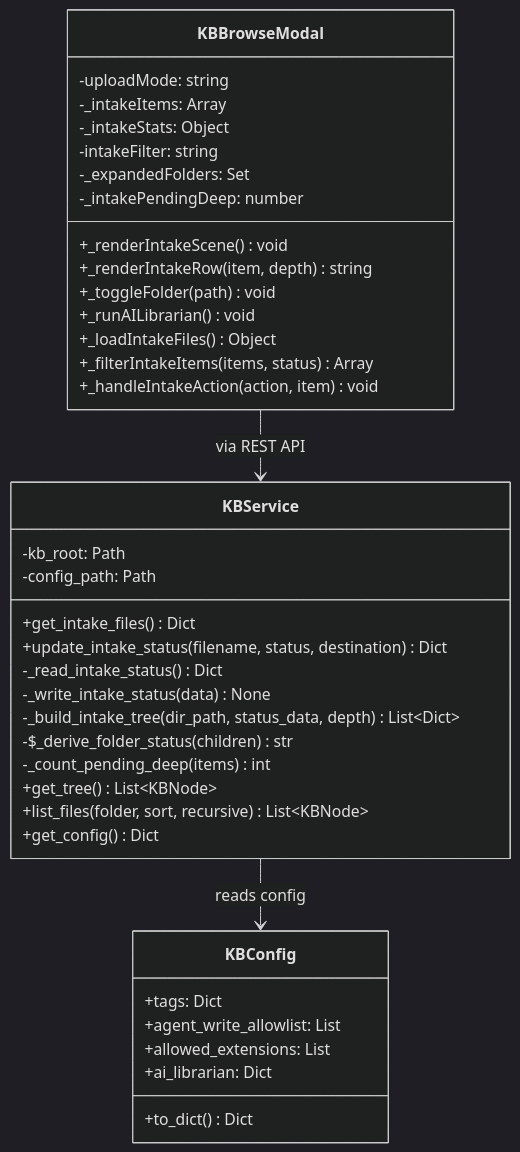
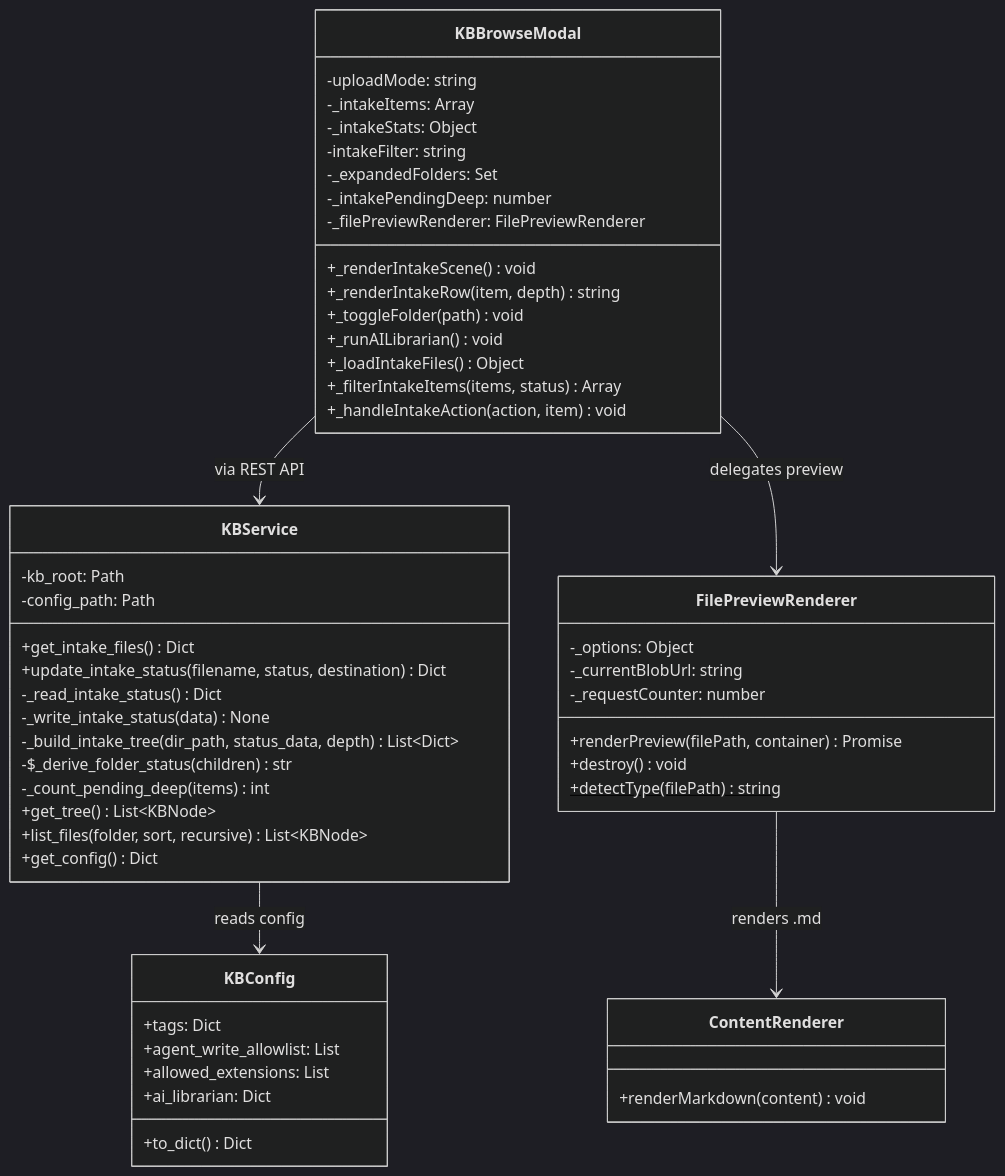
Before and after one commit to Young-Z/X-IPE: the third of 9 diagrams in x-ipe-docs/requirements/EPIC-049/FEATURE-049-F/technical-design.md, drawn with Mermaid (dark theme). The commit also changed other lines of this file and 15 other files, not shown here.

First line of the commit message:
feat(CR-008): extract shared FilePreviewRenderer for unified file preview

````diff
--- a/x-ipe-docs/requirements/EPIC-049/FEATURE-049-F/technical-design.md
+++ b/x-ipe-docs/requirements/EPIC-049/FEATURE-049-F/technical-design.md
@@ -146,44 +172,60 @@
 ```mermaid
 classDiagram
     class KBService {
         -kb_root: Path
         -config_path: Path
         +get_intake_files() Dict
         +update_intake_status(filename, status, destination) Dict
         -_read_intake_status() Dict
         -_write_intake_status(data) None
         -_build_intake_tree(dir_path, status_data, depth) List~Dict~
         -$_derive_folder_status(children) str
         -_count_pending_deep(items) int
         +get_tree() List~KBNode~
         +list_files(folder, sort, recursive) List~KBNode~
         +get_config() Dict
     }
 
     class KBConfig {
         +tags: Dict
         +agent_write_allowlist: List
         +allowed_extensions: List
         +ai_librarian: Dict
         +to_dict() Dict
     }
 
     class KBBrowseModal {
         -uploadMode: string
         -_intakeItems: Array
         -_intakeStats: Object
         -intakeFilter: string
         -_expandedFolders: Set
         -_intakePendingDeep: number
+        -_filePreviewRenderer: FilePreviewRenderer
         +_renderIntakeScene() void
         +_renderIntakeRow(item, depth) string
         +_toggleFolder(path) void
         +_runAILibrarian() void
         +_loadIntakeFiles() Object
         +_filterIntakeItems(items, status) Array
         +_handleIntakeAction(action, item) void
     }
 
+    class FilePreviewRenderer {
+        -_options: Object
+        -_currentBlobUrl: string
+        -_requestCounter: number
+        +renderPreview(filePath, container) Promise
+        +destroy() void
+        +detectType(filePath)$ string
+    }
+
+    class ContentRenderer {
+        +renderMarkdown(content) void
+    }
+
     KBService --> KBConfig: reads config
     KBBrowseModal --> KBService: via REST API
+    KBBrowseModal --> FilePreviewRenderer: delegates preview
+    FilePreviewRenderer --> ContentRenderer: renders .md
 ```
````
